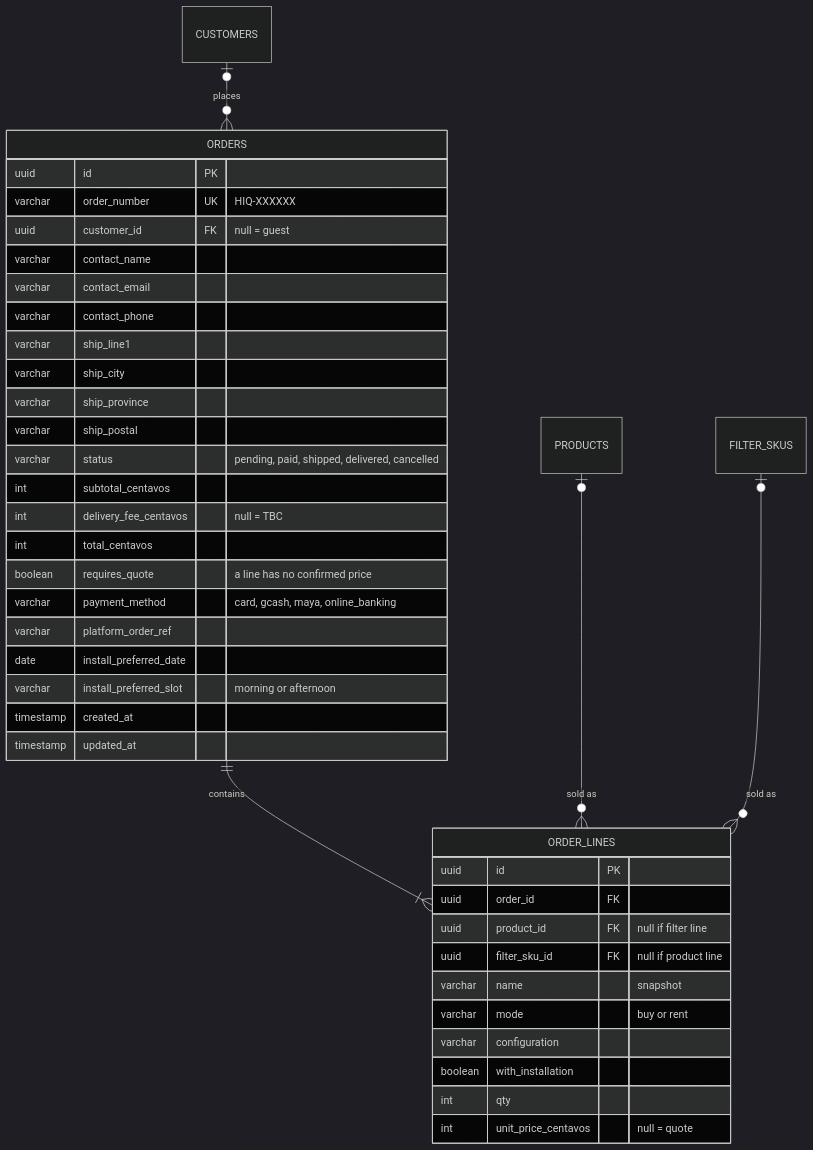
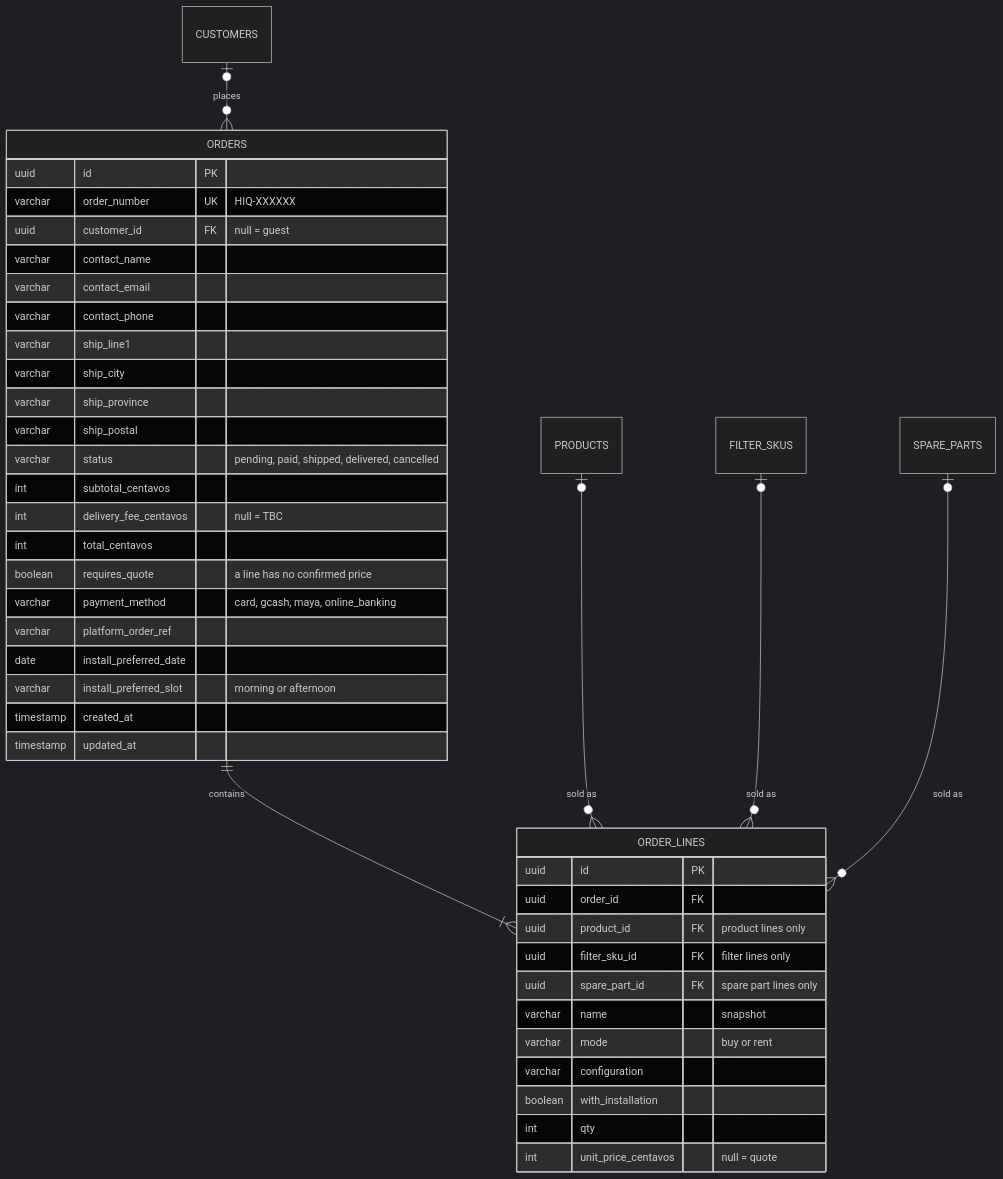
The fourth of 6 diagrams in docs/DATABASE.md (autoforgesystem/hiq-shop-apps), drawn with Mermaid (dark theme) before and after one commit. The commit also changed other lines of this file and 5 other files, not shown here.

Commit message:
feat: enhance documentation and cart functionality for spare parts management

````diff
--- a/docs/DATABASE.md
+++ b/docs/DATABASE.md
@@ -192,43 +221,45 @@
 ```mermaid
 erDiagram
     CUSTOMERS |o--o{ ORDERS : places
     ORDERS ||--|{ ORDER_LINES : contains
     PRODUCTS |o--o{ ORDER_LINES : "sold as"
     FILTER_SKUS |o--o{ ORDER_LINES : "sold as"
+    SPARE_PARTS |o--o{ ORDER_LINES : "sold as"
 
     ORDERS {
         uuid id PK
         varchar order_number UK "HIQ-XXXXXX"
         uuid customer_id FK "null = guest"
         varchar contact_name
         varchar contact_email
         varchar contact_phone
         varchar ship_line1
         varchar ship_city
         varchar ship_province
         varchar ship_postal
         varchar status "pending, paid, shipped, delivered, cancelled"
         int subtotal_centavos
         int delivery_fee_centavos "null = TBC"
         int total_centavos
         boolean requires_quote "a line has no confirmed price"
         varchar payment_method "card, gcash, maya, online_banking"
         varchar platform_order_ref
         date install_preferred_date
         varchar install_preferred_slot "morning or afternoon"
         timestamp created_at
         timestamp updated_at
     }
     ORDER_LINES {
         uuid id PK
         uuid order_id FK
-        uuid product_id FK "null if filter line"
-        uuid filter_sku_id FK "null if product line"
+        uuid product_id FK "product lines only"
+        uuid filter_sku_id FK "filter lines only"
+        uuid spare_part_id FK "spare part lines only"
         varchar name "snapshot"
         varchar mode "buy or rent"
         varchar configuration
         boolean with_installation
         int qty
         int unit_price_centavos "null = quote"
     }
 ```
````
